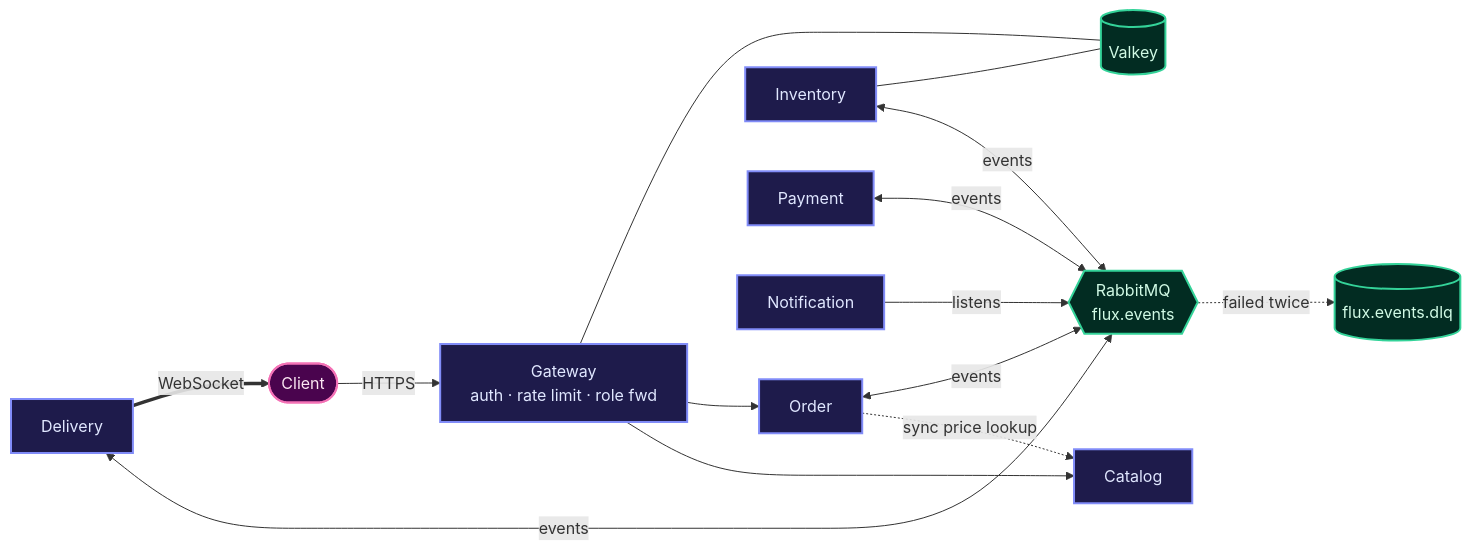
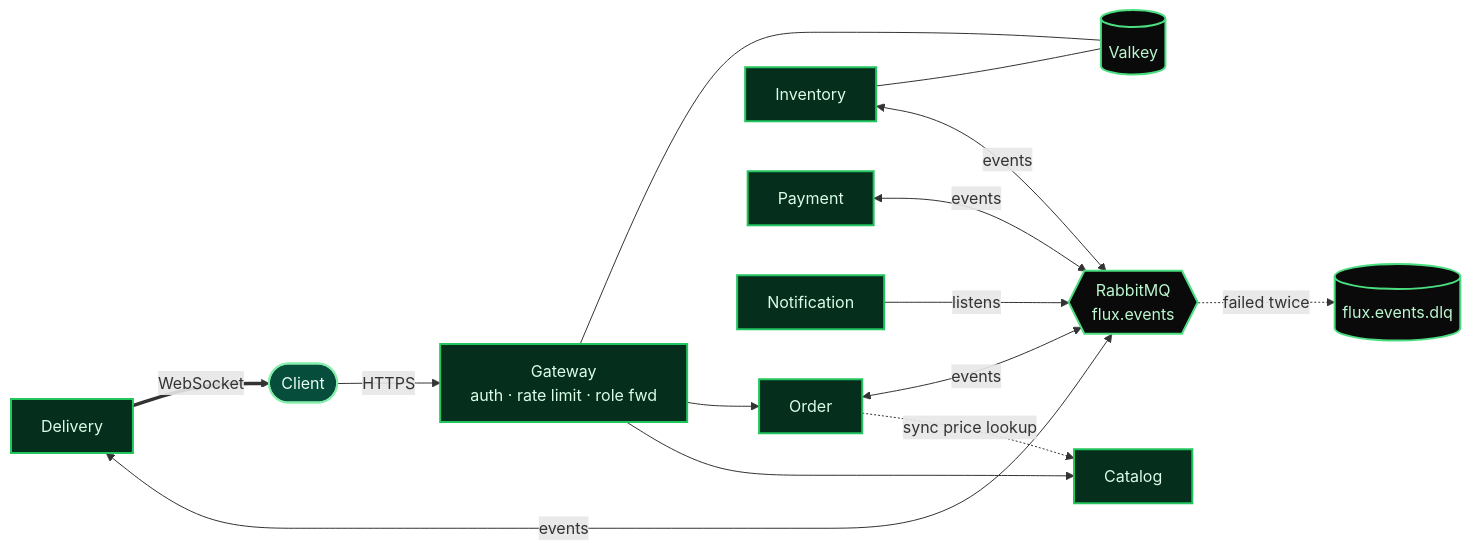
Before and after one commit to thetejascodes/Flux: the first of 2 diagrams in README.md, drawn with Mermaid. The commit also changed other lines of this file and 1 other file, not shown here.

````diff
--- a/README.md
+++ b/README.md
@@ -208,25 +208,25 @@
 ```mermaid
 flowchart LR
     Client([Client]) -->|HTTPS| GW[Gateway<br/>auth · rate limit · role fwd]
     GW --> CAT[Catalog]
     GW --> ORD[Order]
     ORD -.->|sync price lookup| CAT
 
     ORD <-->|events| MQ{{RabbitMQ<br/>flux.events}}
     INV[Inventory] <-->|events| MQ
     PAY[Payment] <-->|events| MQ
     DEL[Delivery] <-->|events| MQ
     NOT[Notification] -->|listens| MQ
     MQ -.->|failed twice| DLQ[(flux.events.dlq)]
 
     DEL ==>|WebSocket| Client
     GW --- VK[(Valkey)]
     INV --- VK
 
-    classDef svc fill:#1e1b4b,stroke:#818cf8,stroke-width:2px,color:#e0e7ff;
-    classDef infra fill:#022c22,stroke:#34d399,stroke-width:2px,color:#d1fae5;
-    classDef client fill:#4a044e,stroke:#f472b6,stroke-width:2px,color:#fce7f3;
+    classDef svc fill:#052e1c,stroke:#22c55e,stroke-width:2px,color:#dcfce7;
+    classDef infra fill:#0a0a0a,stroke:#4ade80,stroke-width:2px,color:#bbf7d0;
+    classDef client fill:#064e3b,stroke:#86efac,stroke-width:2px,color:#ecfdf5;
     class GW,CAT,ORD,INV,PAY,DEL,NOT svc
     class MQ,DLQ,VK infra
     class Client client
 ```
````
